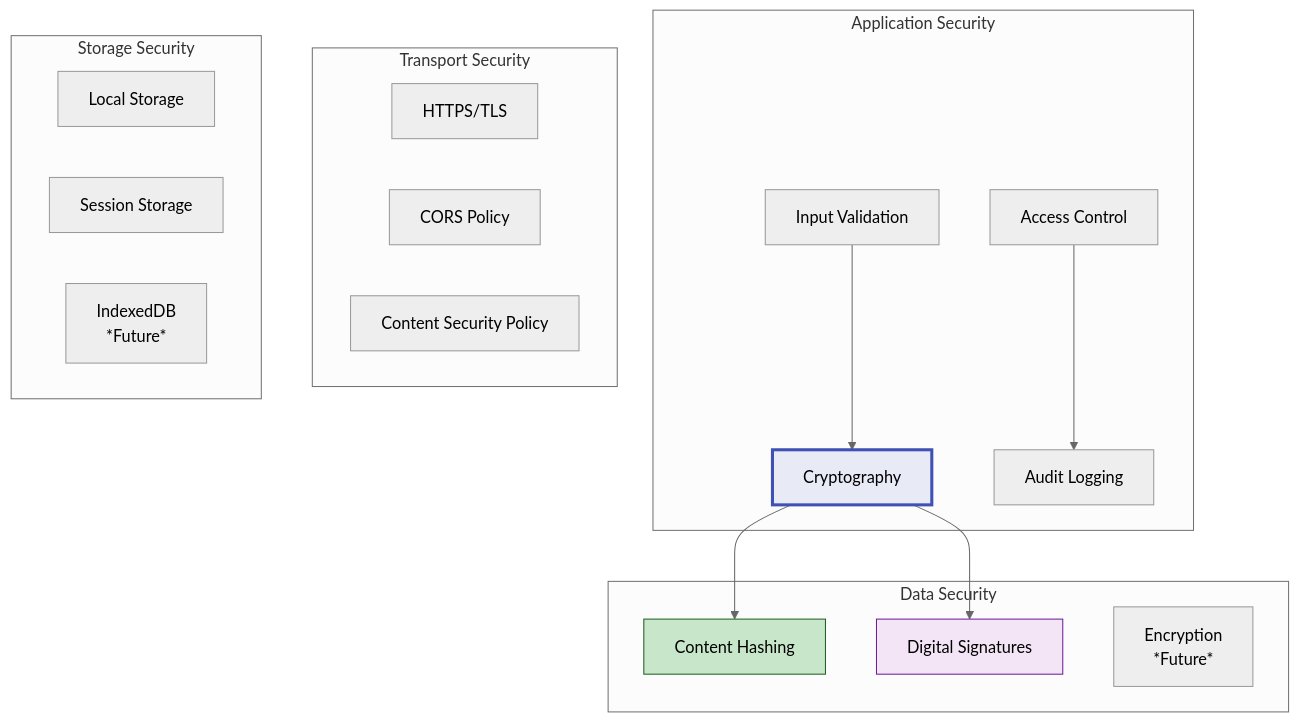
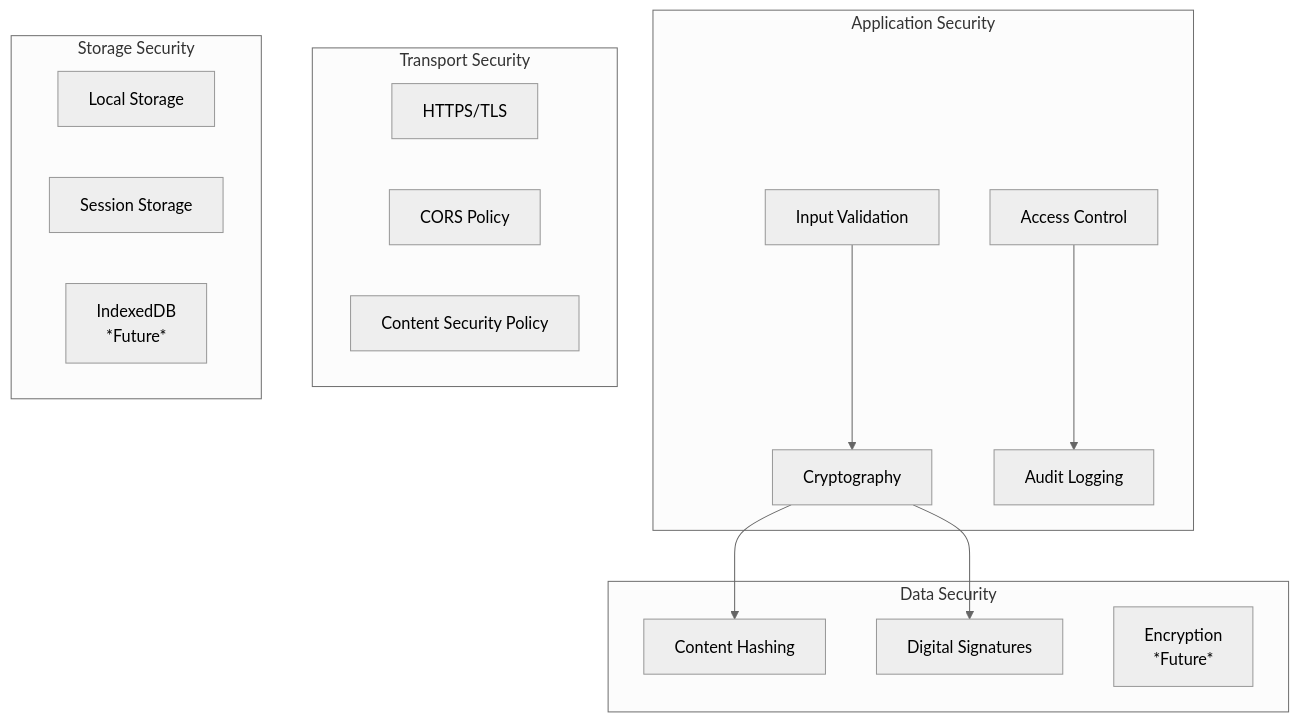
The first of 14 diagrams in docs/architecture/security.md (o2alexanderfedin/angular-cas-disot), drawn with Mermaid (neutral theme) before and after one commit. The commit also changed other lines of this file and 18 other files, not shown here.

````diff
--- a/docs/architecture/security.md
+++ b/docs/architecture/security.md
@@ -17,36 +17,36 @@
 ```mermaid
 graph TD
     subgraph "Application Security"
         INPUT[Input Validation]
         CRYPTO[Cryptography]
         ACCESS[Access Control]
         AUDIT[Audit Logging]
     end
     
     subgraph "Data Security"
         HASH[Content Hashing]
         SIGN[Digital Signatures]
         ENCRYPT[Encryption<br/>*Future*]
     end
     
     subgraph "Transport Security"
         HTTPS[HTTPS/TLS]
         CORS[CORS Policy]
         CSP[Content Security Policy]
     end
     
     subgraph "Storage Security"
         LOCAL[Local Storage]
         SESSION[Session Storage]
         INDEXED[IndexedDB<br/>*Future*]
     end
     
     INPUT --> CRYPTO
     CRYPTO --> HASH
     CRYPTO --> SIGN
     ACCESS --> AUDIT
     
-    style CRYPTO fill:#e8eaf6,stroke:#3f51b5,stroke-width:3px
-    style HASH fill:#c8e6c9,stroke:#1b5e20
-    style SIGN fill:#f3e5f5,stroke:#6a1b9a
+    
+    
+    
 ```
````
